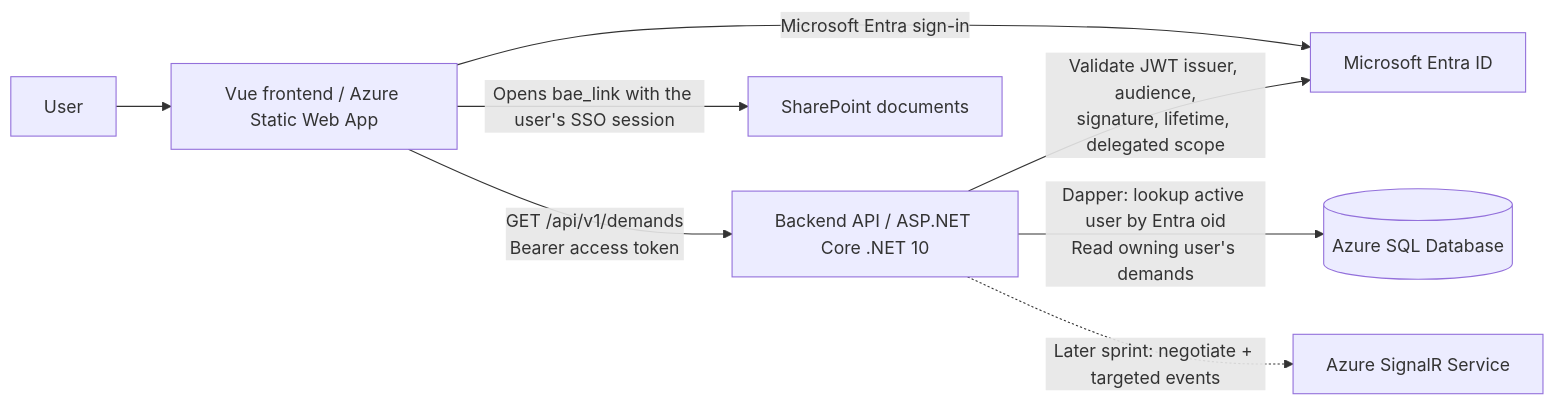
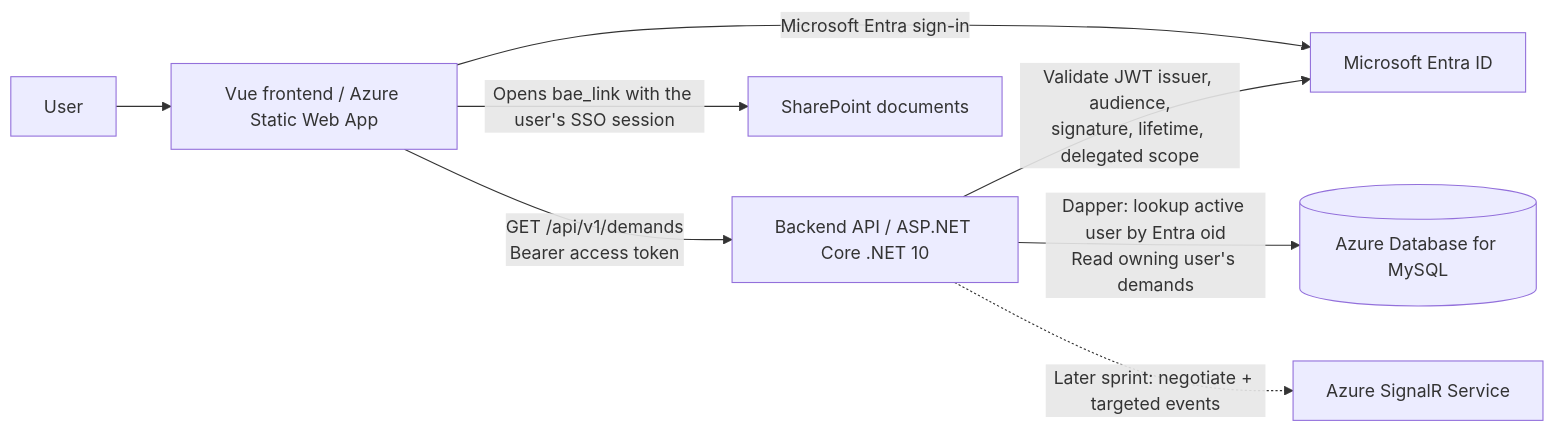
One commit to alex-talan/klesia-api changed the first of 2 diagrams in docs/specs/SPECIFICATIONS.md. Above: the diagram before and after it, drawn with Mermaid. The commit also changed other lines of this file and 44 other files, not shown here.

Commit message:
MySQL database instead of MS SQL Server

````diff
--- a/docs/specs/SPECIFICATIONS.md
+++ b/docs/specs/SPECIFICATIONS.md
@@ -74,10 +76,10 @@
 ```mermaid
 flowchart LR
     U[User] --> FE[Vue frontend / Azure Static Web App]
     FE -->|Microsoft Entra sign-in| ENTRA[Microsoft Entra ID]
     FE -->|GET /api/v1/demands\nBearer access token| API[Backend API / ASP.NET Core .NET 10]
     API -->|Validate JWT issuer, audience,\nsignature, lifetime, delegated scope| ENTRA
-    API -->|Dapper: lookup active user by Entra oid\nRead owning user's demands| SQL[(Azure SQL Database)]
+    API -->|Dapper: lookup active user by Entra oid\nRead owning user's demands| DB[(Azure Database for MySQL)]
     FE -->|Opens bae_link with the user's SSO session| SP[SharePoint documents]
     API -.->|Later sprint: negotiate + targeted events| SR[Azure SignalR Service]
 ```
````
